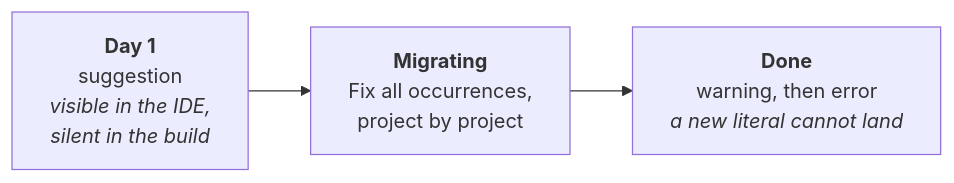
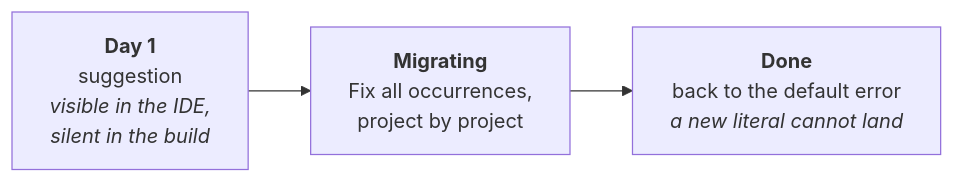
One commit to Reefact/diagnostic-catalog changed the diagram in doc/guide/adopting-a-catalogue.en.md. Above: the diagram before and after it, drawn with Mermaid. The commit also changed other lines of this file and 7 other files, not shown here.

````diff
--- a/doc/guide/adopting-a-catalogue.en.md
+++ b/doc/guide/adopting-a-catalogue.en.md
@@ -38,7 +37,7 @@
 ```mermaid
 flowchart LR
     A["<b>Day 1</b><br/>suggestion<br/><i>visible in the IDE,<br/>silent in the build</i>"]
     B["<b>Migrating</b><br/>Fix all occurrences,<br/>project by project"]
-    C["<b>Done</b><br/>warning, then error<br/><i>a new literal cannot land</i>"]
+    C["<b>Done</b><br/>back to the default error<br/><i>a new literal cannot land</i>"]
     A --> B --> C
 ```
````
